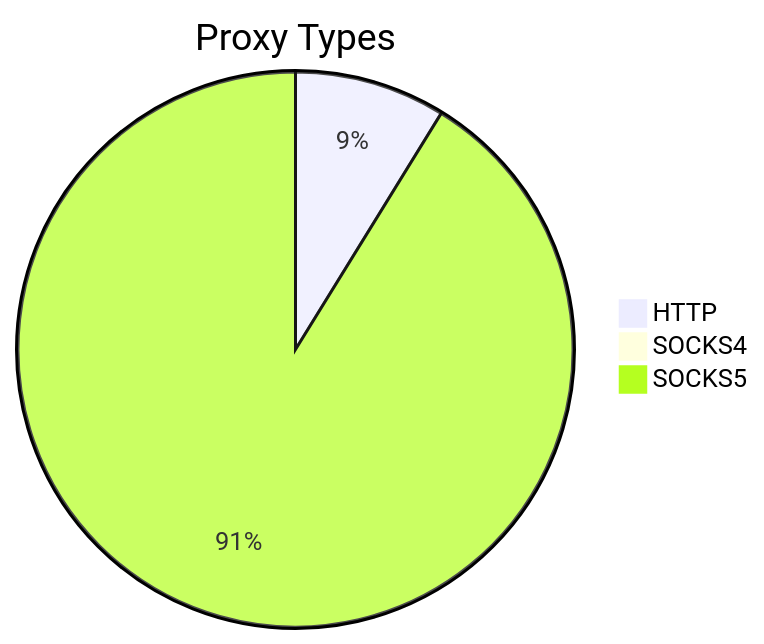
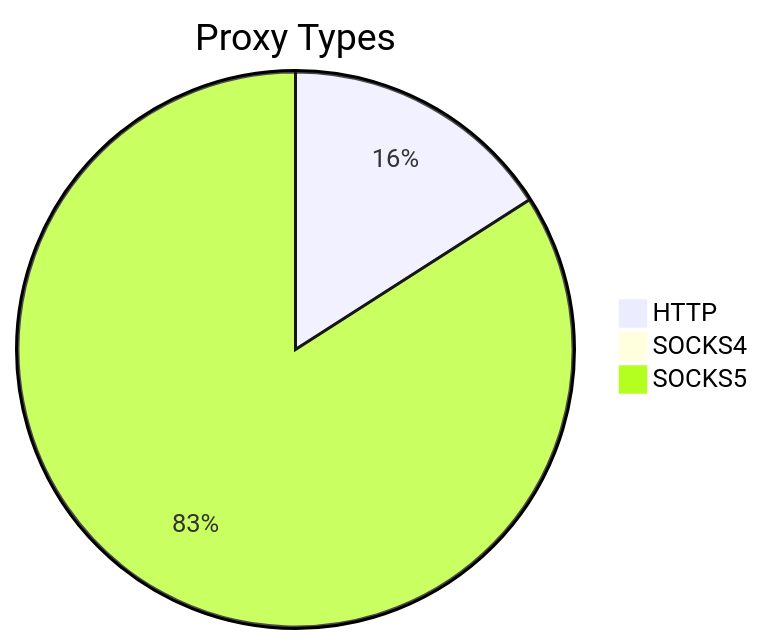
One commit to stormsia/proxy-list changed the first of 2 diagrams in README.md. Above: the diagram before and after it, drawn with Mermaid. The commit also changed other lines of this file, not shown here.

````diff
--- a/README.md
+++ b/README.md
@@ -21,6 +21,6 @@
 ```mermaid
 pie title Proxy Types
-    "HTTP" : 810
-    "SOCKS4" : 52
-    "SOCKS5" : 8394
+    "HTTP" : 759
+    "SOCKS4" : 48
+    "SOCKS5" : 4003
 ```
````
